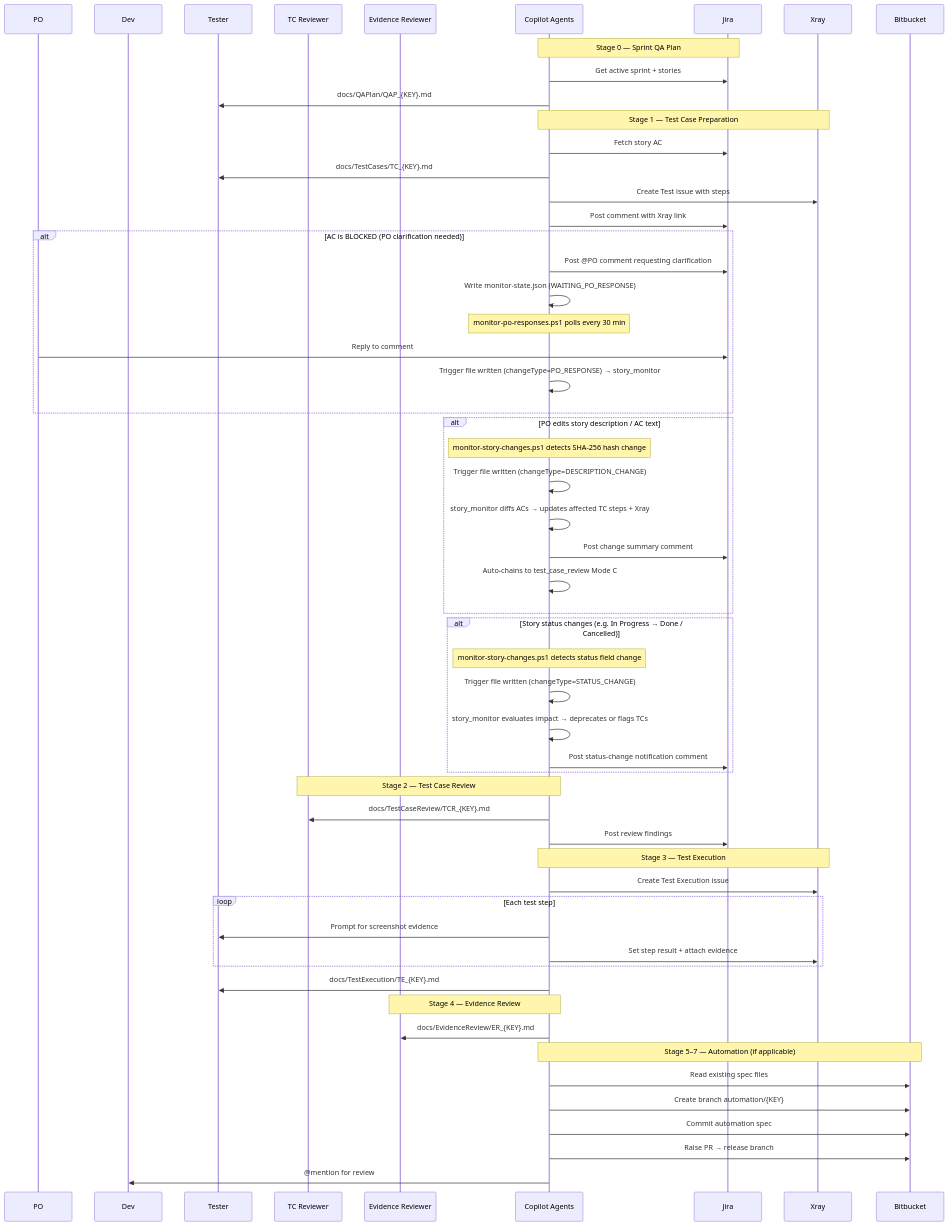
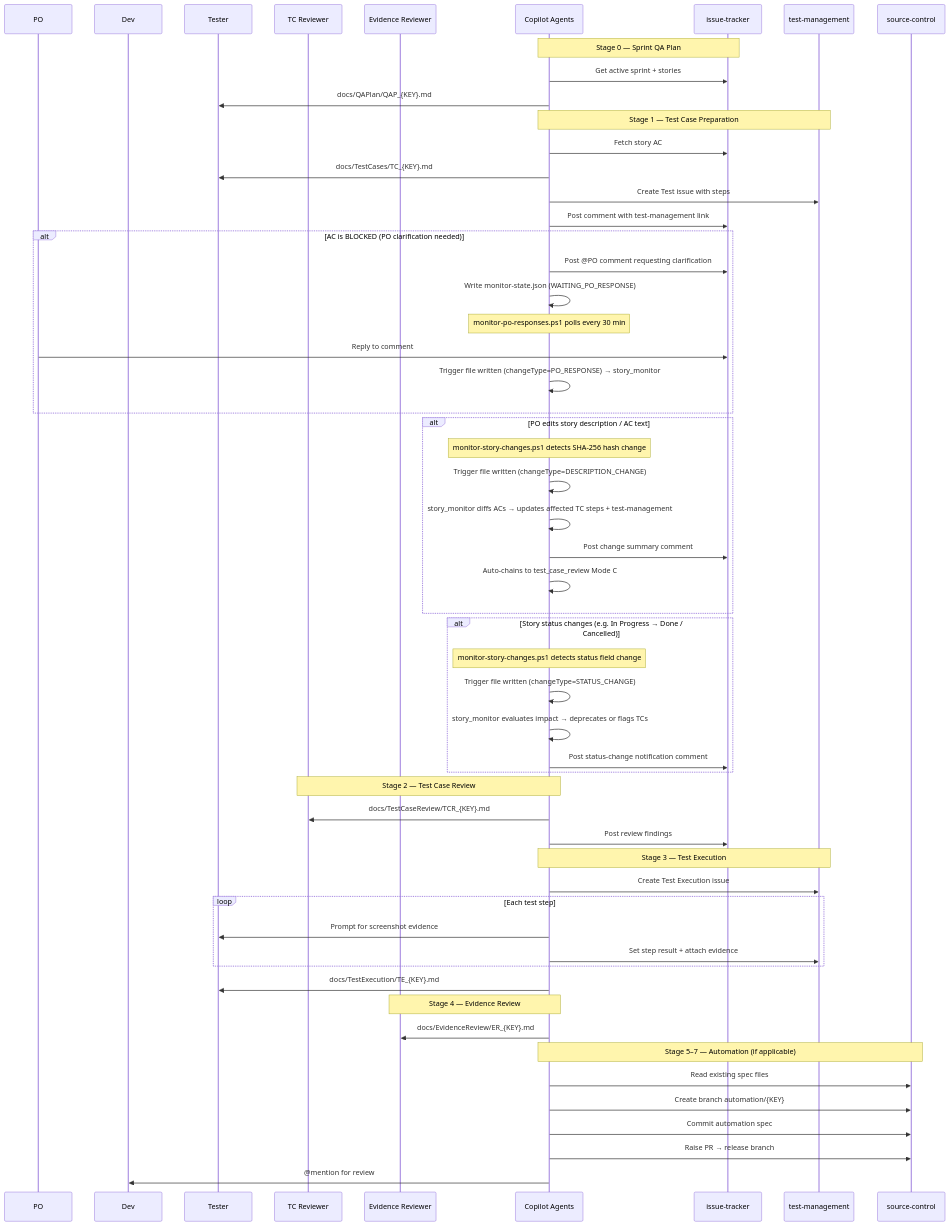
Before and after one commit to favadk/agentic-ai-powertools-jira-user-generic: the second of 4 diagrams in docs/FRAMEWORK-ARCHITECTURE.md, drawn with Mermaid. The commit also changed other lines of this file and 95 other files, not shown here.

````diff
--- a/docs/FRAMEWORK-ARCHITECTURE.md
+++ b/docs/FRAMEWORK-ARCHITECTURE.md
@@ -222,65 +222,65 @@
 ```mermaid
 sequenceDiagram
     participant PO
     participant Dev
     participant QA as Tester
     participant TCR as TC Reviewer
     participant ER as Evidence Reviewer
     participant Copilot as Copilot Agents
-    participant Jira
-    participant Xray
-    participant Bitbucket
+    participant issue-tracker
+    participant test-management
+    participant source-control
 
-    Note over Copilot,Jira: Stage 0 — Sprint QA Plan
-    Copilot->>Jira: Get active sprint + stories
+    Note over Copilot,issue-tracker: Stage 0 — Sprint QA Plan
+    Copilot->>issue-tracker: Get active sprint + stories
     Copilot->>QA: docs/QAPlan/QAP_{KEY}.md
 
-    Note over Copilot,Xray: Stage 1 — Test Case Preparation
-    Copilot->>Jira: Fetch story AC
+    Note over Copilot,test-management: Stage 1 — Test Case Preparation
+    Copilot->>issue-tracker: Fetch story AC
     Copilot->>QA: docs/TestCases/TC_{KEY}.md
-    Copilot->>Xray: Create Test issue with steps
-    Copilot->>Jira: Post comment with Xray link
+    Copilot->>test-management: Create Test issue with steps
+    Copilot->>issue-tracker: Post comment with test-management link
 
     alt AC is BLOCKED (PO clarification needed)
-        Copilot->>Jira: Post @PO comment requesting clarification
+        Copilot->>issue-tracker: Post @PO comment requesting clarification
         Copilot->>Copilot: Write monitor-state.json (WAITING_PO_RESPONSE)
         Note over Copilot: monitor-po-responses.ps1 polls every 30 min
-        PO->>Jira: Reply to comment
+        PO->>issue-tracker: Reply to comment
         Copilot->>Copilot: Trigger file written (changeType=PO_RESPONSE) → story_monitor
     end
     alt PO edits story description / AC text
         Note over Copilot: monitor-story-changes.ps1 detects SHA-256 hash change
         Copilot->>Copilot: Trigger file written (changeType=DESCRIPTION_CHANGE)
-        Copilot->>Copilot: story_monitor diffs ACs → updates affected TC steps + Xray
-        Copilot->>Jira: Post change summary comment
+        Copilot->>Copilot: story_monitor diffs ACs → updates affected TC steps + test-management
+        Copilot->>issue-tracker: Post change summary comment
         Copilot->>Copilot: Auto-chains to test_case_review Mode C
     end
     alt Story status changes (e.g. In Progress → Done / Cancelled)
         Note over Copilot: monitor-story-changes.ps1 detects status field change
         Copilot->>Copilot: Trigger file written (changeType=STATUS_CHANGE)
         Copilot->>Copilot: story_monitor evaluates impact → deprecates or flags TCs
-        Copilot->>Jira: Post status-change notification comment
+        Copilot->>issue-tracker: Post status-change notification comment
     end
 
     Note over Copilot,TCR: Stage 2 — Test Case Review
     Copilot->>TCR: docs/TestCaseReview/TCR_{KEY}.md
-    Copilot->>Jira: Post review findings
+    Copilot->>issue-tracker: Post review findings
 
-    Note over Copilot,Xray: Stage 3 — Test Execution
-    Copilot->>Xray: Create Test Execution issue
+    Note over Copilot,test-management: Stage 3 — Test Execution
+    Copilot->>test-management: Create Test Execution issue
     loop Each test step
         Copilot->>QA: Prompt for screenshot evidence
-        Copilot->>Xray: Set step result + attach evidence
+        Copilot->>test-management: Set step result + attach evidence
     end
     Copilot->>QA: docs/TestExecution/TE_{KEY}.md
 
     Note over Copilot,ER: Stage 4 — Evidence Review
     Copilot->>ER: docs/EvidenceReview/ER_{KEY}.md
 
-    Note over Copilot,Bitbucket: Stage 5–7 — Automation (if applicable)
-    Copilot->>Bitbucket: Read existing spec files
-    Copilot->>Bitbucket: Create branch automation/{KEY}
-    Copilot->>Bitbucket: Commit automation spec
-    Copilot->>Bitbucket: Raise PR → release branch
+    Note over Copilot,source-control: Stage 5–7 — Automation (if applicable)
+    Copilot->>source-control: Read existing spec files
+    Copilot->>source-control: Create branch automation/{KEY}
+    Copilot->>source-control: Commit automation spec
+    Copilot->>source-control: Raise PR → release branch
     Copilot->>Dev: @mention for review
 ```
````
